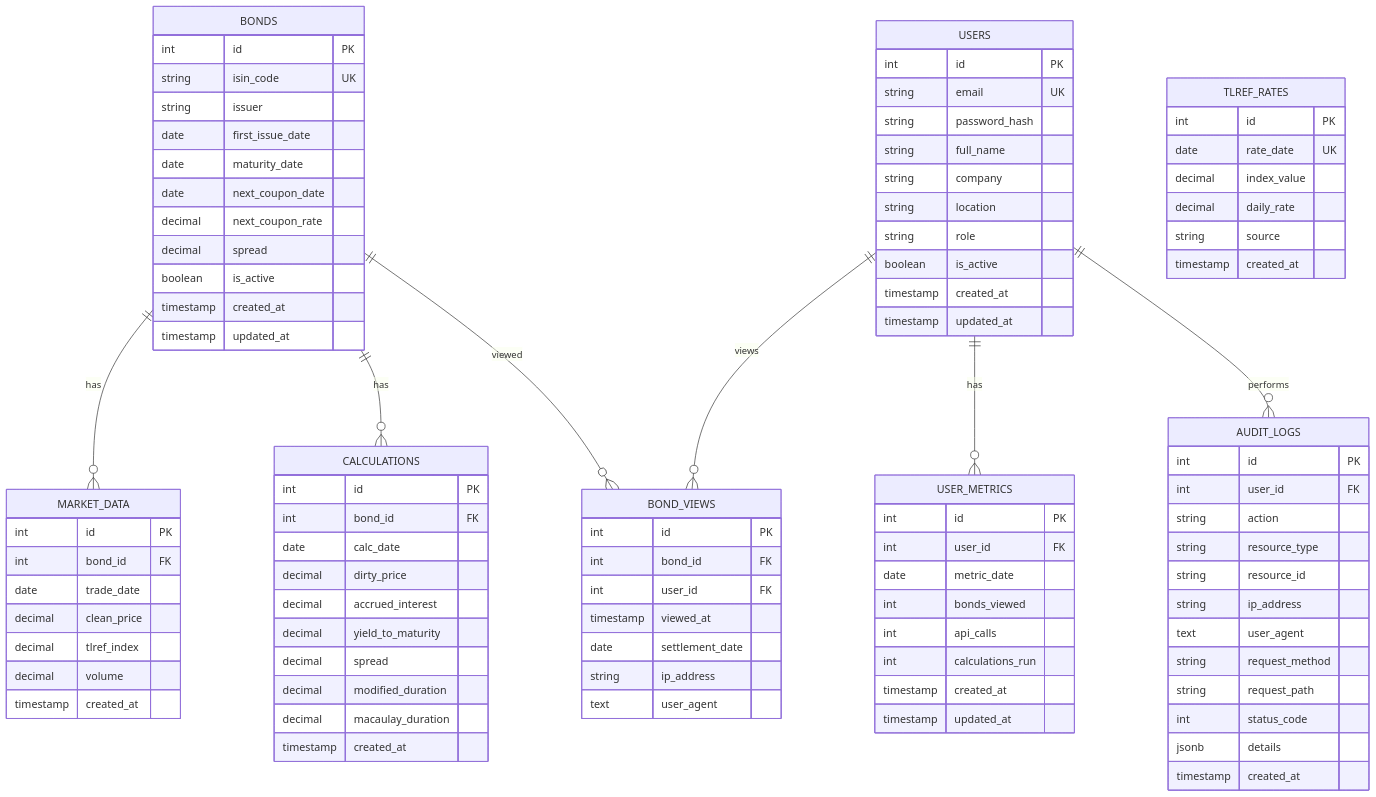
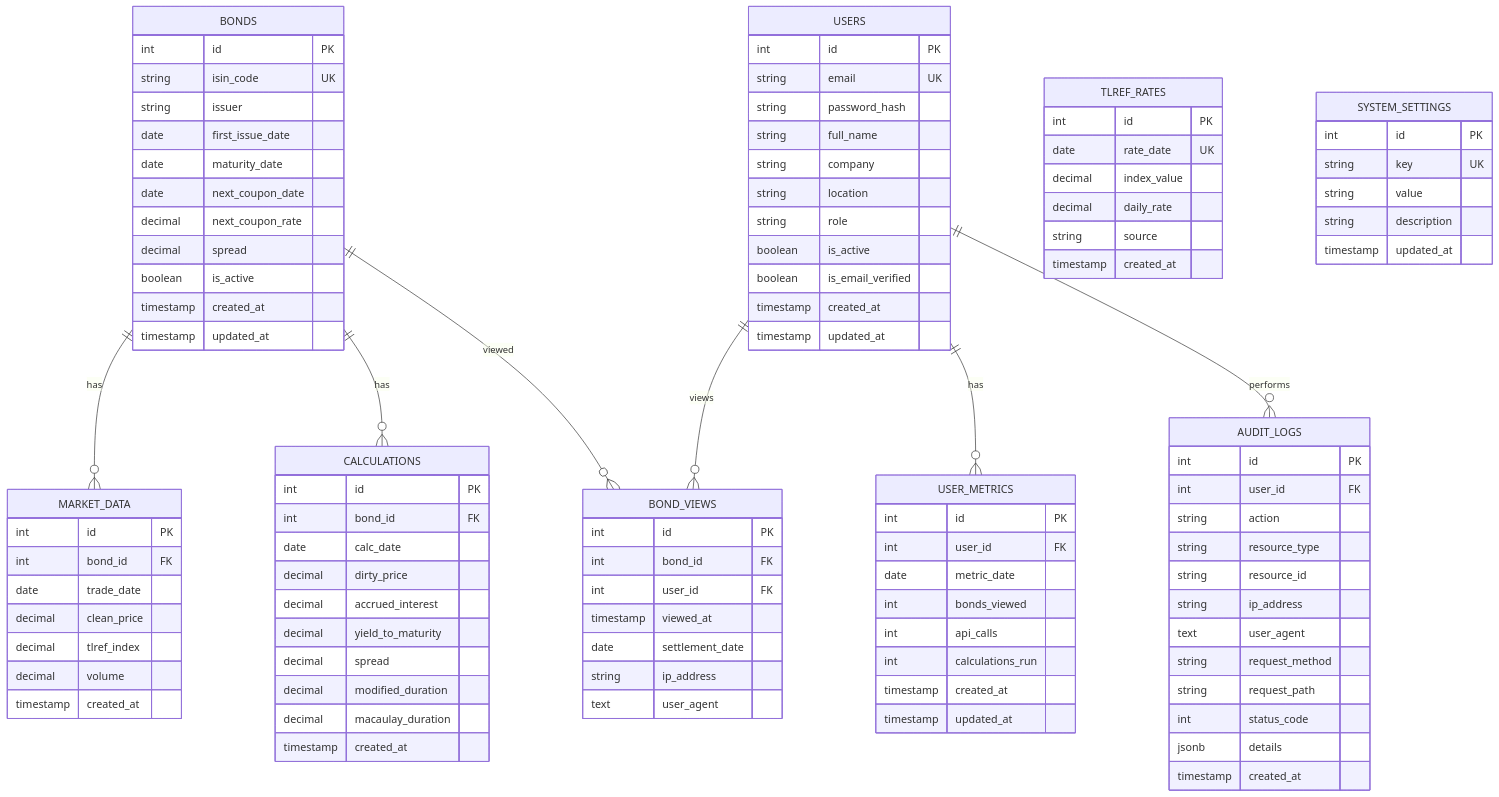
Before and after one commit to mikailustuner/bondley.one: the seventh of 20 diagrams in docs/SYSTEM-ARCHITECTURE.md, drawn with Mermaid. The commit also changed other lines of this file and 1 other file, not shown here.

Commit message:
docs: Add initial documentation for system architecture, authentication flow, and features.

````diff
--- a/docs/SYSTEM-ARCHITECTURE.md
+++ b/docs/SYSTEM-ARCHITECTURE.md
@@ -525,6 +579,7 @@
         string location
         string role
         boolean is_active
+        boolean is_email_verified
         timestamp created_at
         timestamp updated_at
     }
@@ -564,4 +619,12 @@
         jsonb details
         timestamp created_at
     }
+    
+    SYSTEM_SETTINGS {
+        int id PK
+        string key UK
+        string value
+        string description
+        timestamp updated_at
+    }
 ```
````
